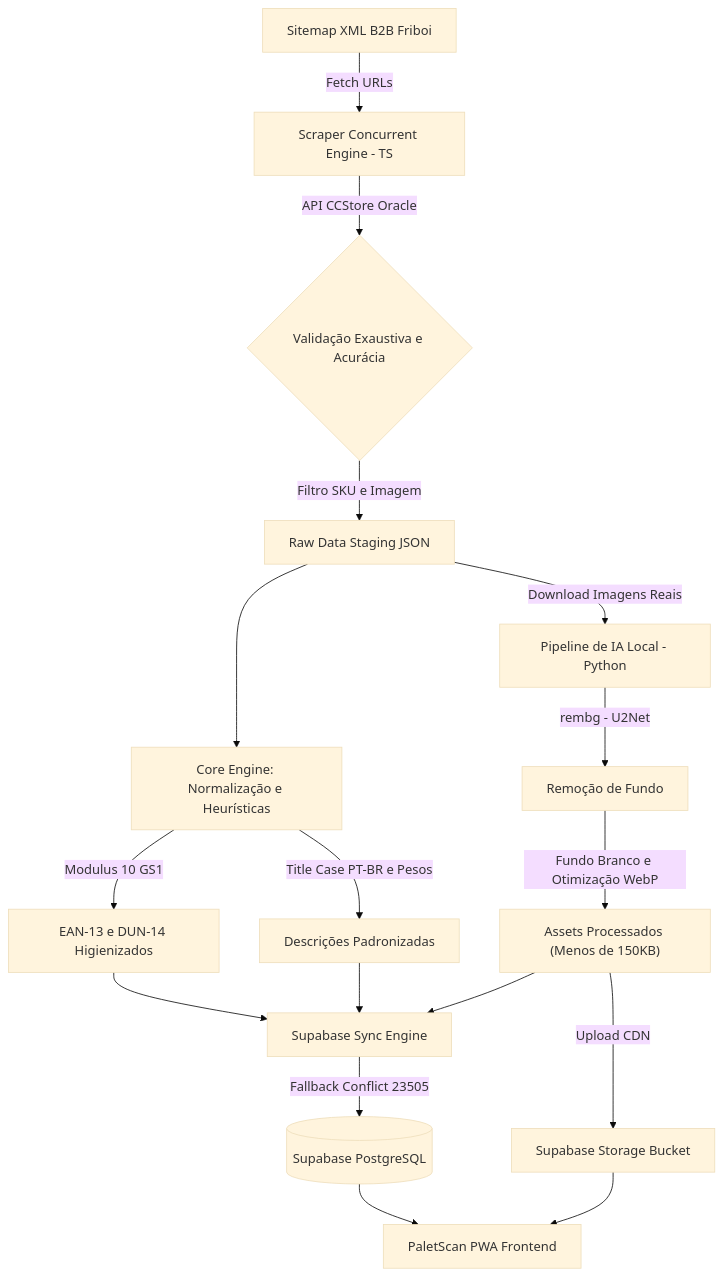
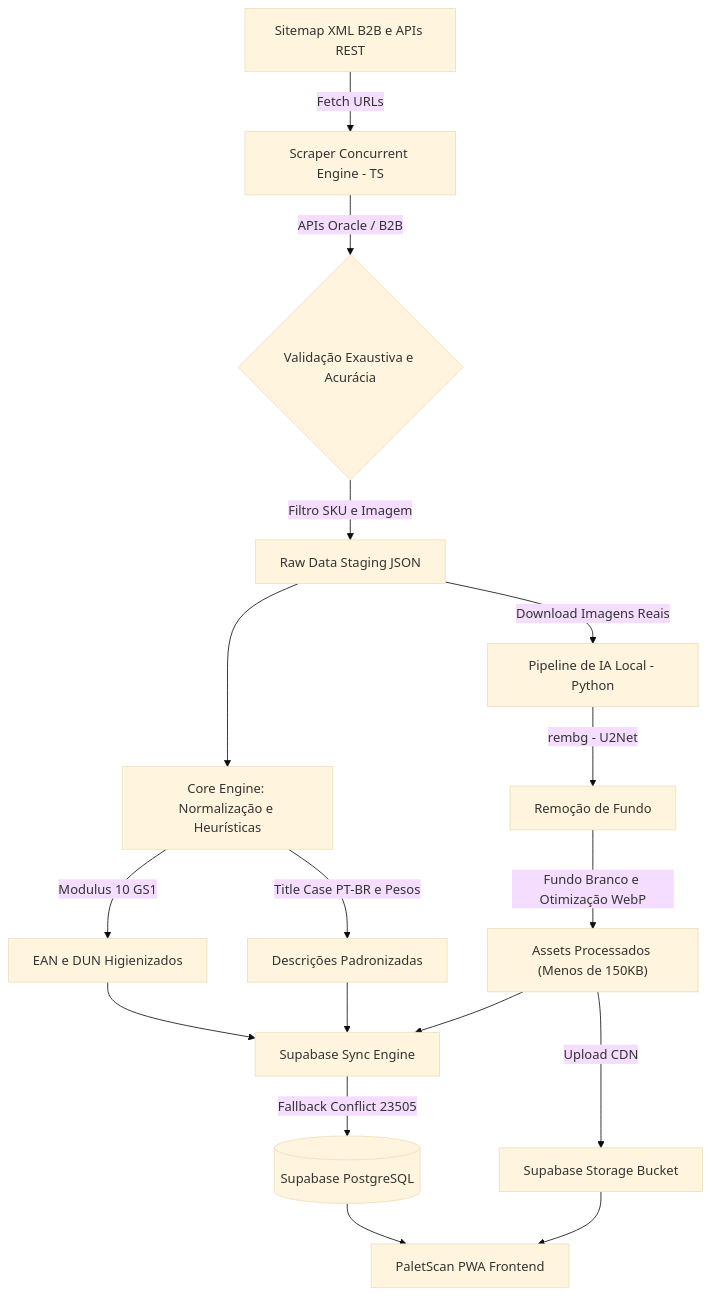
The diagram in docs/index.md (NaejBarbosa/paletscan-etl), drawn with Mermaid (base theme) before and after one commit. The commit also changed other lines of this file and 6 other files, not shown here.

````diff
--- a/docs/index.md
+++ b/docs/index.md
@@ -19,19 +19,19 @@
 ```mermaid
 graph TD
-    A["Sitemap XML B2B Friboi"] -->|Fetch URLs| B["Scraper Concurrent Engine - TS"]
-    B -->|API CCStore Oracle| C{"Validação Exaustiva e Acurácia"}
+    A["Sitemap XML B2B e APIs REST"] -->|Fetch URLs| B["Scraper Concurrent Engine - TS"]
+    B -->|APIs Oracle / B2B| C{"Validação Exaustiva e Acurácia"}
     C -->|Filtro SKU e Imagem| D["Raw Data Staging JSON"]
     D --> E["Core Engine: Normalização e Heurísticas"]
-    E -->|Modulus 10 GS1| F["EAN-13 e DUN-14 Higienizados"]
+    E -->|Modulus 10 GS1| F["EAN e DUN Higienizados"]
     E -->|Title Case PT-BR e Pesos| G["Descrições Padronizadas"]
     D -->|Download Imagens Reais| H["Pipeline de IA Local - Python"]
     H -->|rembg - U2Net| I["Remoção de Fundo"]
     I -->|Fundo Branco e Otimização WebP| J["Assets Processados (Menos de 150KB)"]
     J -->|Upload CDN| M["Supabase Storage Bucket"]
     F --> K["Supabase Sync Engine"]
     G --> K
     J --> K
     K -->|Fallback Conflict 23505| L[("Supabase PostgreSQL")]
     L --> N["PaletScan PWA Frontend"]
     M --> N
 ```
````
